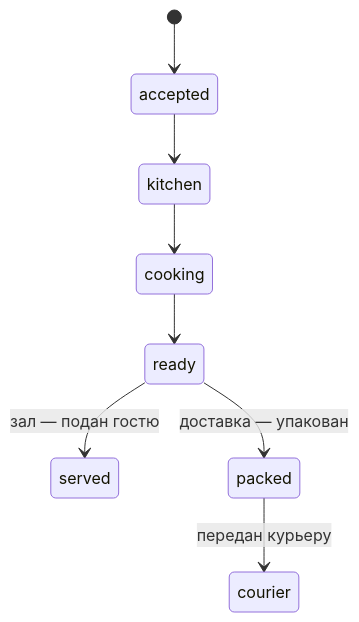
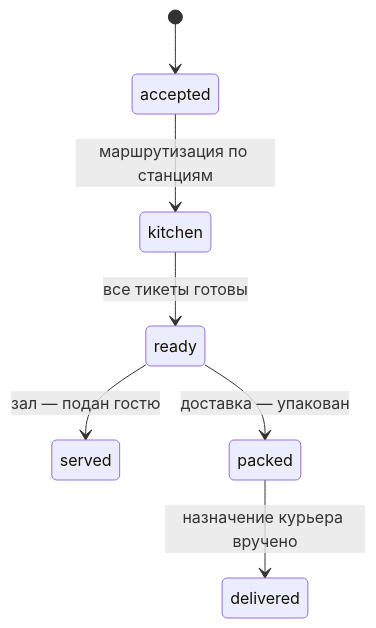
The second of 3 diagrams in docs/research/components/03-kitchen-kds.md (bestdeejay-design/lovii-crm), drawn with Mermaid before and after one commit. The commit also changed other lines of this file and 70 other files, not shown here.

````diff
--- a/docs/research/components/03-kitchen-kds.md
+++ b/docs/research/components/03-kitchen-kds.md
@@ -52,10 +58,9 @@
 ```mermaid
 stateDiagram-v2
     [*] --> accepted
-    accepted --> kitchen
-    kitchen --> cooking
-    cooking --> ready
-    ready --> served: зал — подан гостю
-    ready --> packed: доставка — упакован
-    packed --> courier: передан курьеру
+    accepted --> kitchen : маршрутизация по станциям
+    kitchen --> ready : все тикеты готовы
+    ready --> served : зал — подан гостю
+    ready --> packed : доставка — упакован
+    packed --> delivered : назначение курьера вручено
 ```
````
